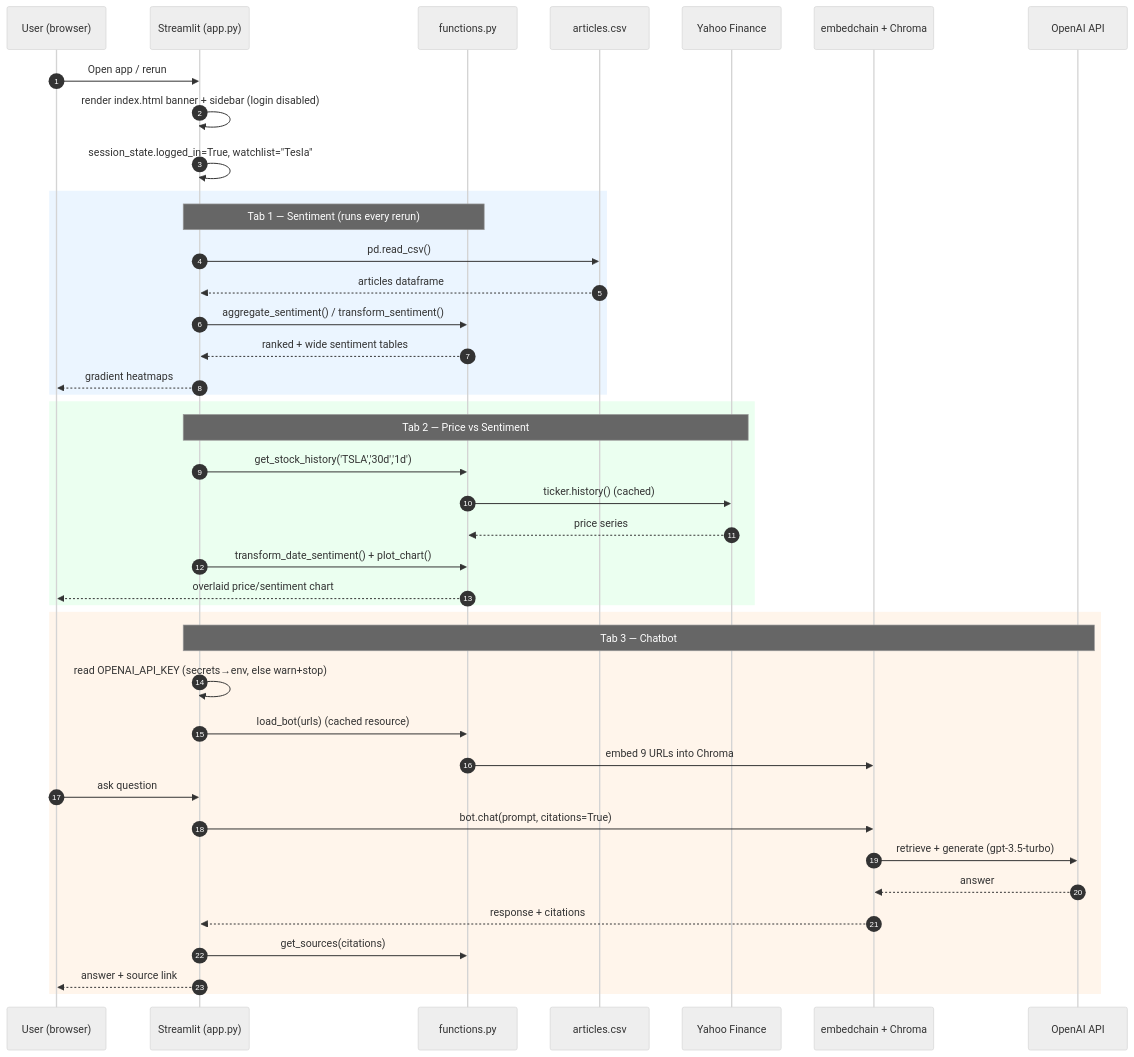
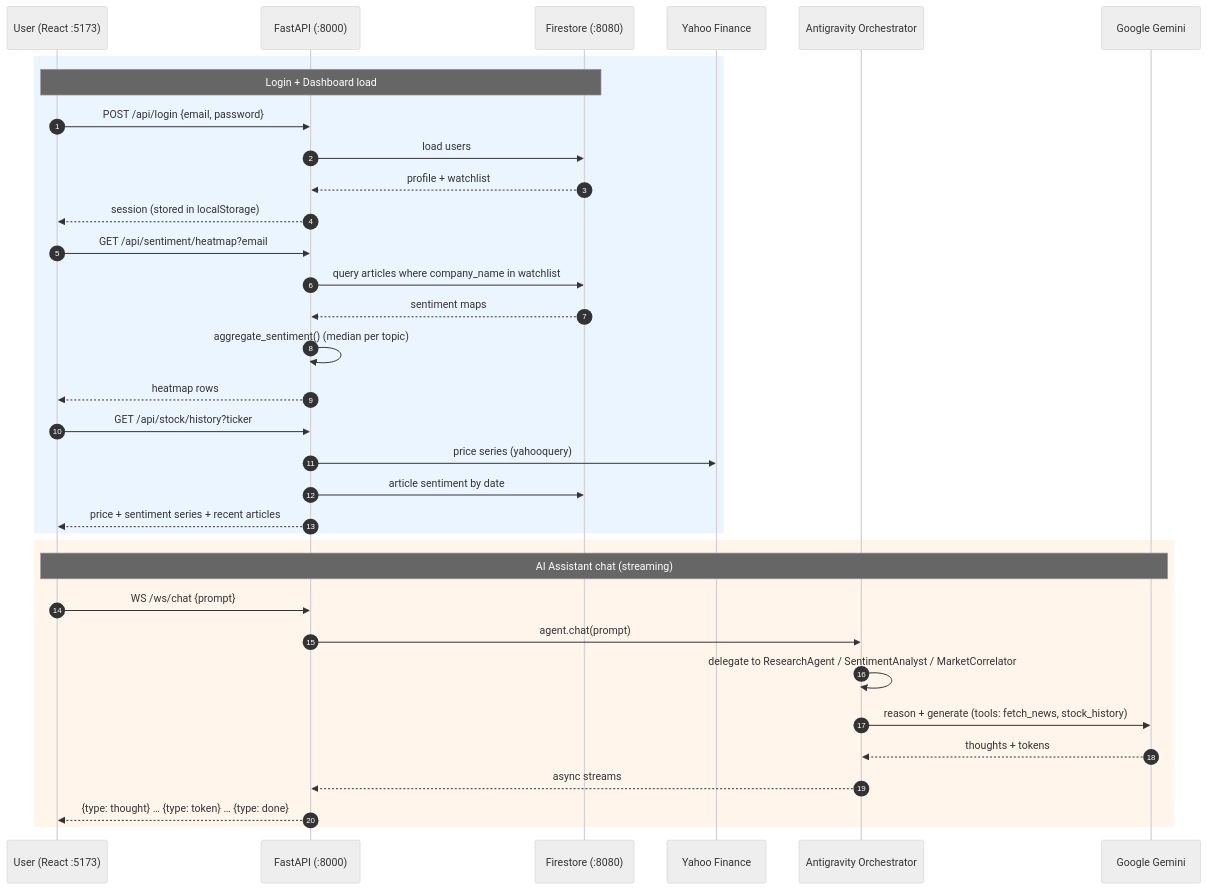
One commit to mathamatigician/MarketWave changed the third of 3 diagrams in ARCHITECTURE.md. Above: the diagram before and after it, drawn with Mermaid (neutral theme). The commit also changed other lines of this file and 16 other files, not shown here.

First line of the commit message:
docs: remove Streamlit references and rewrite architecture for React+FastAPI stack (#8)

````diff
--- a/ARCHITECTURE.md
+++ b/ARCHITECTURE.md
@@ -146,47 +183,38 @@
 ```mermaid
 sequenceDiagram
     autonumber
-    participant U as User (browser)
-    participant S as Streamlit (app.py)
-    participant F as functions.py
-    participant C as articles.csv
+    participant U as User (React :5173)
+    participant A as FastAPI (:8000)
+    participant D as Firestore (:8080)
     participant Y as Yahoo Finance
-    participant E as embedchain + Chroma
-    participant O as OpenAI API
-
-    U->>S: Open app / rerun
-    S->>S: render index.html banner + sidebar (login disabled)
-    S->>S: session_state.logged_in=True, watchlist="Tesla"
+    participant O as Antigravity Orchestrator
+    participant G as Google Gemini
 
     rect rgb(235,245,255)
-    note over S,F: Tab 1 — Sentiment (runs every rerun)
-    S->>C: pd.read_csv()
-    C-->>S: articles dataframe
-    S->>F: aggregate_sentiment() / transform_sentiment()
-    F-->>S: ranked + wide sentiment tables
-    S-->>U: gradient heatmaps
-    end
-
-    rect rgb(235,255,240)
-    note over S,Y: Tab 2 — Price vs Sentiment
-    S->>F: get_stock_history('TSLA','30d','1d')
-    F->>Y: ticker.history()  (cached)
-    Y-->>F: price series
-    S->>F: transform_date_sentiment() + plot_chart()
-    F-->>U: overlaid price/sentiment chart
+    note over U,D: Login + Dashboard load
+    U->>A: POST /api/login {email, password}
+    A->>D: load users
+    D-->>A: profile + watchlist
+    A-->>U: session (stored in localStorage)
+    U->>A: GET /api/sentiment/heatmap?email
+    A->>D: query articles where company_name in watchlist
+    D-->>A: sentiment maps
+    A->>A: aggregate_sentiment() (median per topic)
+    A-->>U: heatmap rows
+    U->>A: GET /api/stock/history?ticker
+    A->>Y: price series (yahooquery)
+    A->>D: article sentiment by date
+    A-->>U: price + sentiment series + recent articles
     end
 
     rect rgb(255,245,235)
-    note over S,O: Tab 3 — Chatbot
-    S->>S: read OPENAI_API_KEY (secrets→env, else warn+stop)
-    S->>F: load_bot(urls)  (cached resource)
-    F->>E: embed 9 URLs into Chroma
-    U->>S: ask question
-    S->>E: bot.chat(prompt, citations=True)
-    E->>O: retrieve + generate (gpt-3.5-turbo)
-    O-->>E: answer
-    E-->>S: response + citations
-    S->>F: get_sources(citations)
-    S-->>U: answer + source link
+    note over U,G: AI Assistant chat (streaming)
+    U->>A: WS /ws/chat {prompt}
+    A->>O: agent.chat(prompt)
+    O->>O: delegate to ResearchAgent / SentimentAnalyst / MarketCorrelator
+    O->>G: reason + generate (tools: fetch_news, stock_history)
+    G-->>O: thoughts + tokens
+    O-->>A: async streams
+    A-->>U: {type: thought} … {type: token} … {type: done}
     end
 ```
````
